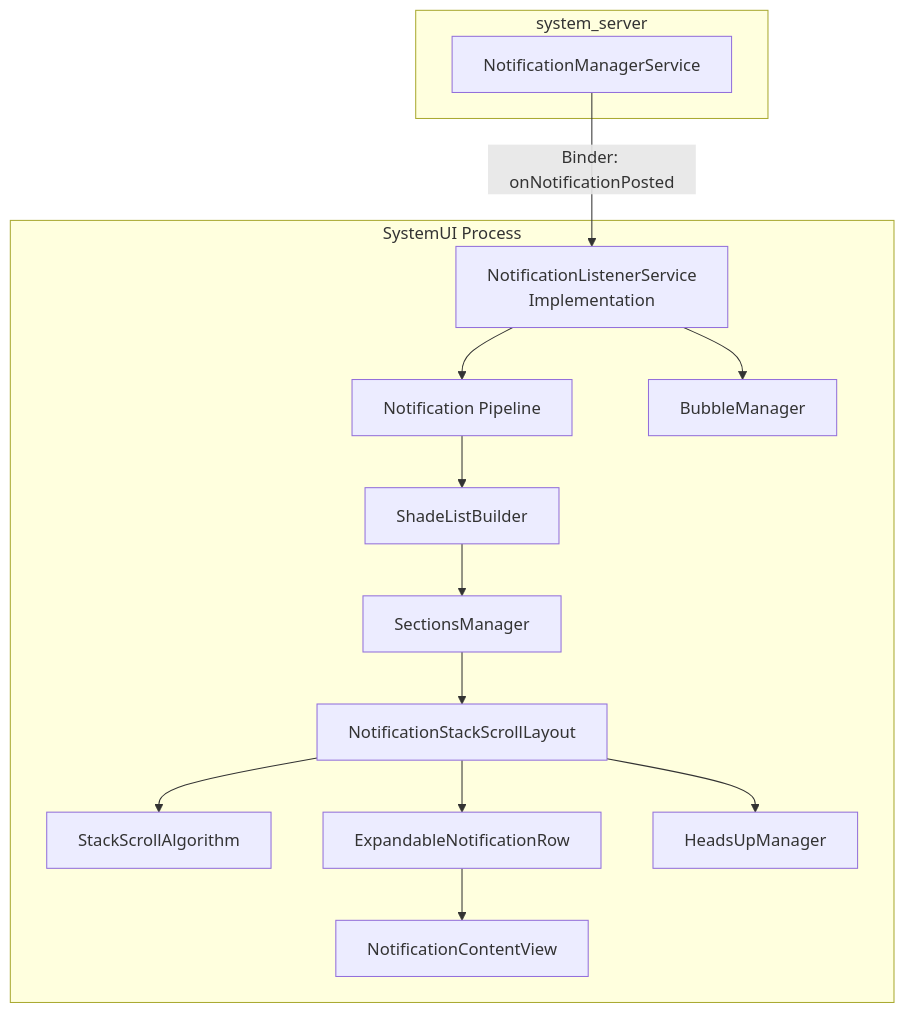
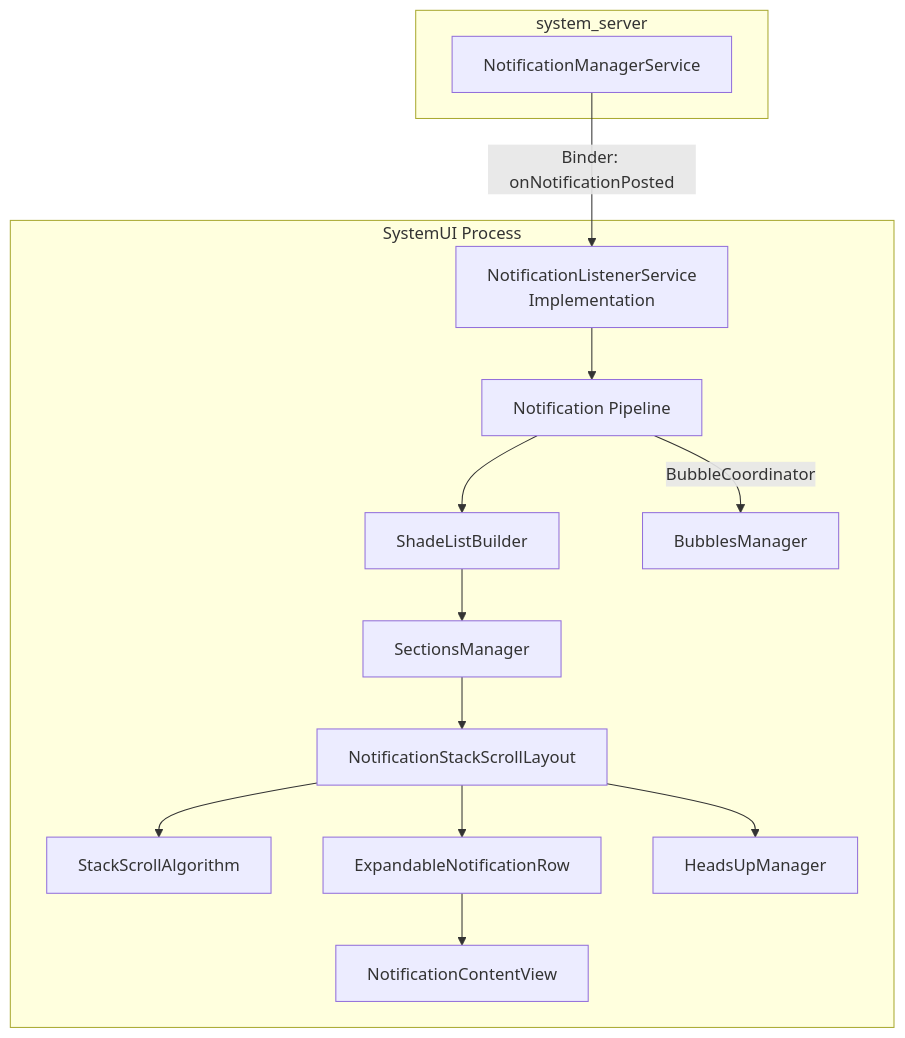
Before and after one commit to aospbooks/aosp-internal-book: diagram 14 of 17 in 28-notifications.md, drawn with Mermaid. The commit also changed other lines of this file and 218 other files, not shown here.

````diff
--- a/28-notifications.md
+++ b/28-notifications.md
@@ -2028,30 +2102,30 @@
 ```mermaid
 graph TB
     subgraph "SystemUI Process"
         NLS["NotificationListenerService<br/>Implementation"]
         PIPELINE[Notification Pipeline]
         SLB[ShadeListBuilder]
         NSSL[NotificationStackScrollLayout]
         SSA[StackScrollAlgorithm]
         SM[SectionsManager]
         ENR[ExpandableNotificationRow]
         NCV[NotificationContentView]
         HU[HeadsUpManager]
-        BM[BubbleManager]
+        BM[BubblesManager]
     end
 
     subgraph "system_server"
         NMS[NotificationManagerService]
     end
 
     NMS -->|Binder: onNotificationPosted| NLS
     NLS --> PIPELINE
     PIPELINE --> SLB
     SLB --> SM
     SM --> NSSL
     NSSL --> SSA
     NSSL --> ENR
     ENR --> NCV
     NSSL --> HU
-    NLS --> BM
+    PIPELINE -->|BubbleCoordinator| BM
 ```
````
